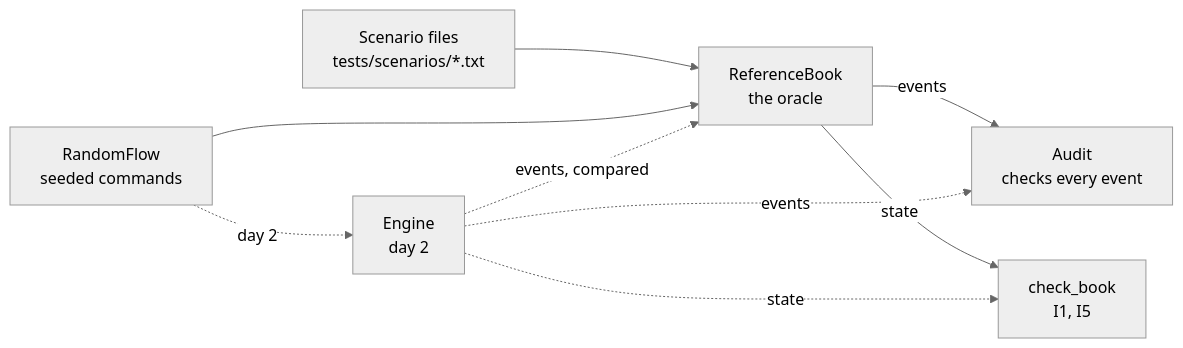
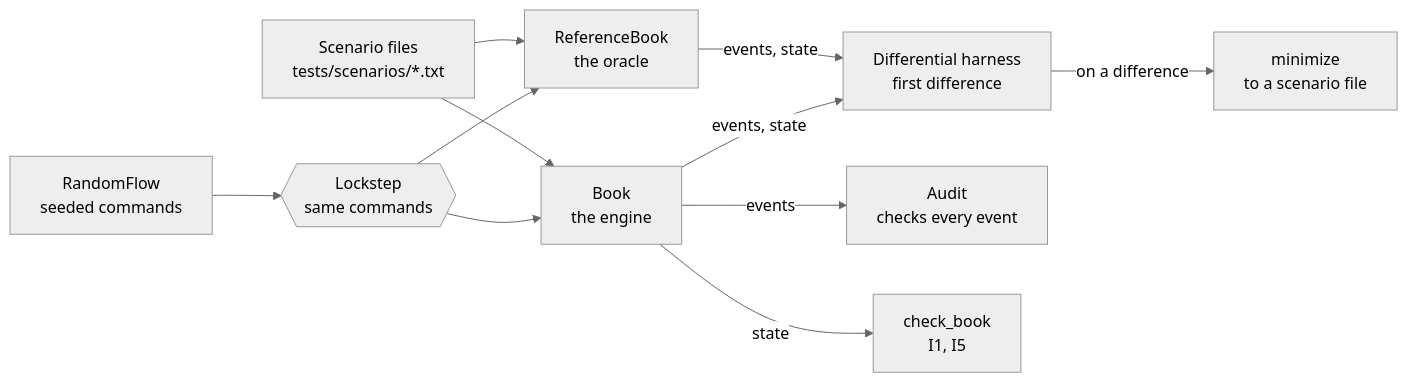
One commit to vivekdavara/orderbook changed the diagram in README.md. Above: the diagram before and after it, drawn with Mermaid (neutral theme). The commit also changed other lines of this file and 1 other file, not shown here.

First line of the commit message:
Docs: the engine, the differential harness and day 2's measurements

````diff
--- a/README.md
+++ b/README.md
@@ -33,11 +36,13 @@
 ```mermaid
 flowchart LR
     S[Scenario files<br/>tests/scenarios/*.txt] --> R
-    F[RandomFlow<br/>seeded commands] --> R
-    F -. day 2 .-> E
-    R[ReferenceBook<br/>the oracle] -- events --> A[Audit<br/>checks every event]
-    R -- state --> C[check_book<br/>I1, I5]
-    E[Engine<br/>day 2] -. events, compared .-> R
-    E -. events .-> A
-    E -. state .-> C
+    S --> E
+    F[RandomFlow<br/>seeded commands] --> L
+    L{{Lockstep<br/>same commands}} --> R
+    L --> E
+    R[ReferenceBook<br/>the oracle] -- events, state --> D[Differential harness<br/>first difference]
+    E[Book<br/>the engine] -- events, state --> D
+    D -- on a difference --> M[minimize<br/>to a scenario file]
+    E -- events --> A[Audit<br/>checks every event]
+    E -- state --> C[check_book<br/>I1, I5]
 ```
````
